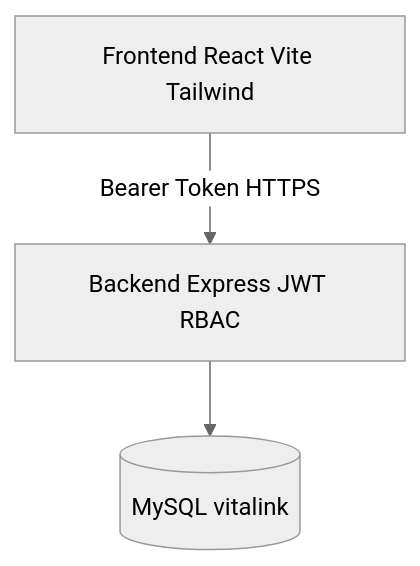
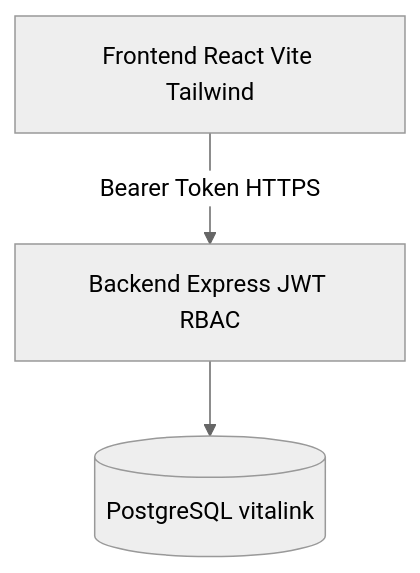
One commit to geninho33/vitalink changed the diagram in docs/Arquitetura.md. Above: the diagram before and after it, drawn with Mermaid (neutral theme). The commit also changed other lines of this file and 30 other files, not shown here.

First line of the commit message:
feat: migrar banco de MySQL para PostgreSQL 16

````diff
--- a/docs/Arquitetura.md
+++ b/docs/Arquitetura.md
@@ -7,8 +7,8 @@
 ```mermaid
 flowchart TB
   frontend[Frontend React Vite Tailwind]
   api[Backend Express JWT RBAC]
-  mysql[(MySQL vitalink)]
+  postgres[(PostgreSQL vitalink)]
   frontend -->|Bearer Token HTTPS| api
-  api --> mysql
+  api --> postgres
 ```
````
